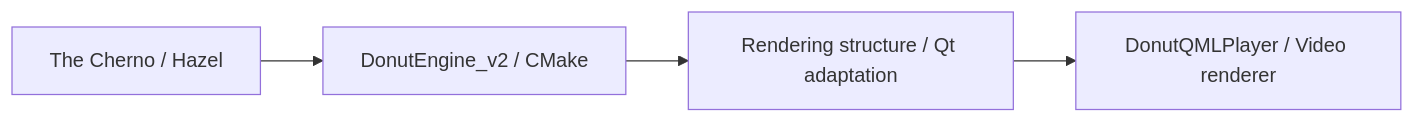
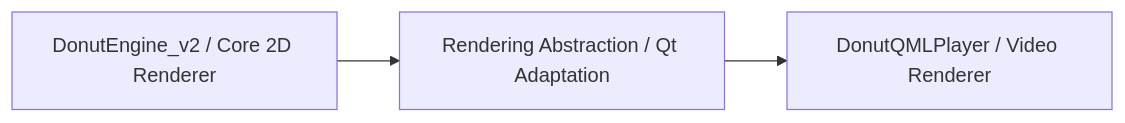
Before and after one commit to Seppura-y/DonutEngine_v2: the second of 2 diagrams in README.md, drawn with Mermaid. The commit also changed other lines of this file and 1 other file, not shown here.

````diff
--- a/README.md
+++ b/README.md
@@ -74,6 +74,5 @@
 ```mermaid
 flowchart LR
-    Hazel[The Cherno / Hazel] --> Engine[DonutEngine_v2 / CMake]
-    Engine --> Adapt[Rendering structure / Qt adaptation]
-    Adapt --> Player[DonutQMLPlayer / Video renderer]
+    Engine[DonutEngine_v2 / Core 2D Renderer] --> Adapt[Rendering Abstraction / Qt Adaptation]
+    Adapt --> Player[DonutQMLPlayer / Video Renderer]
 ```
````
